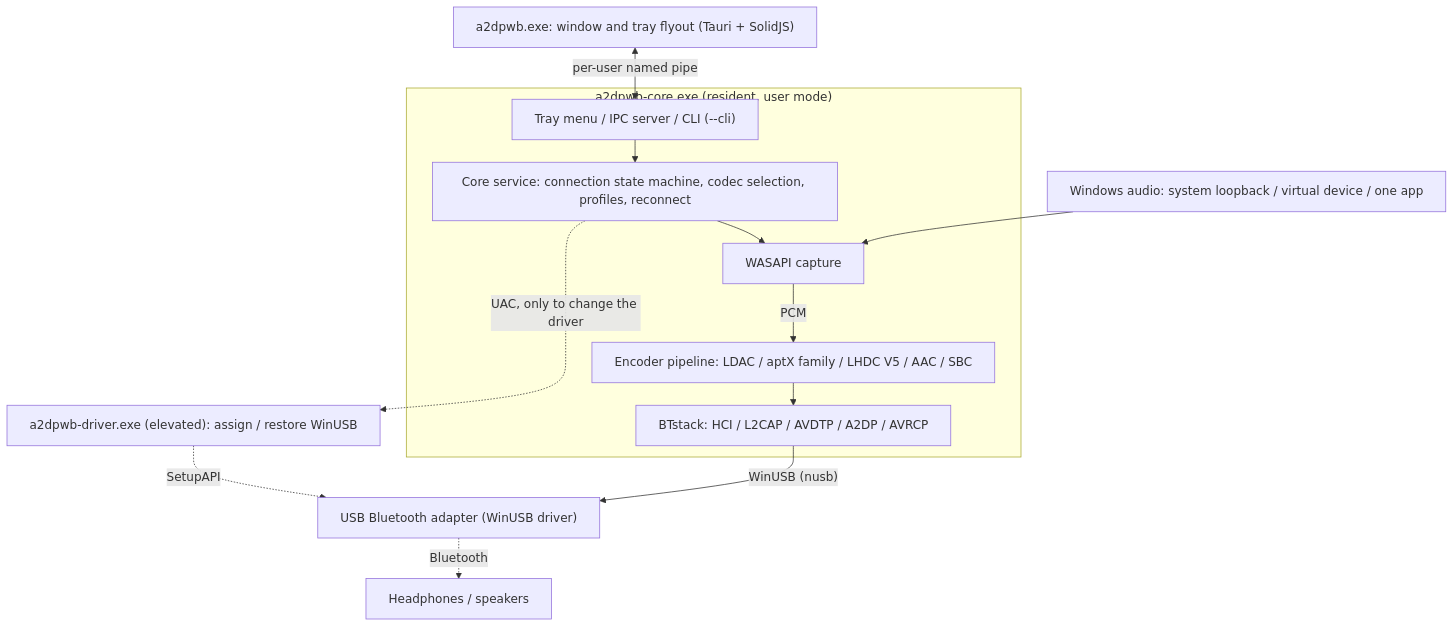
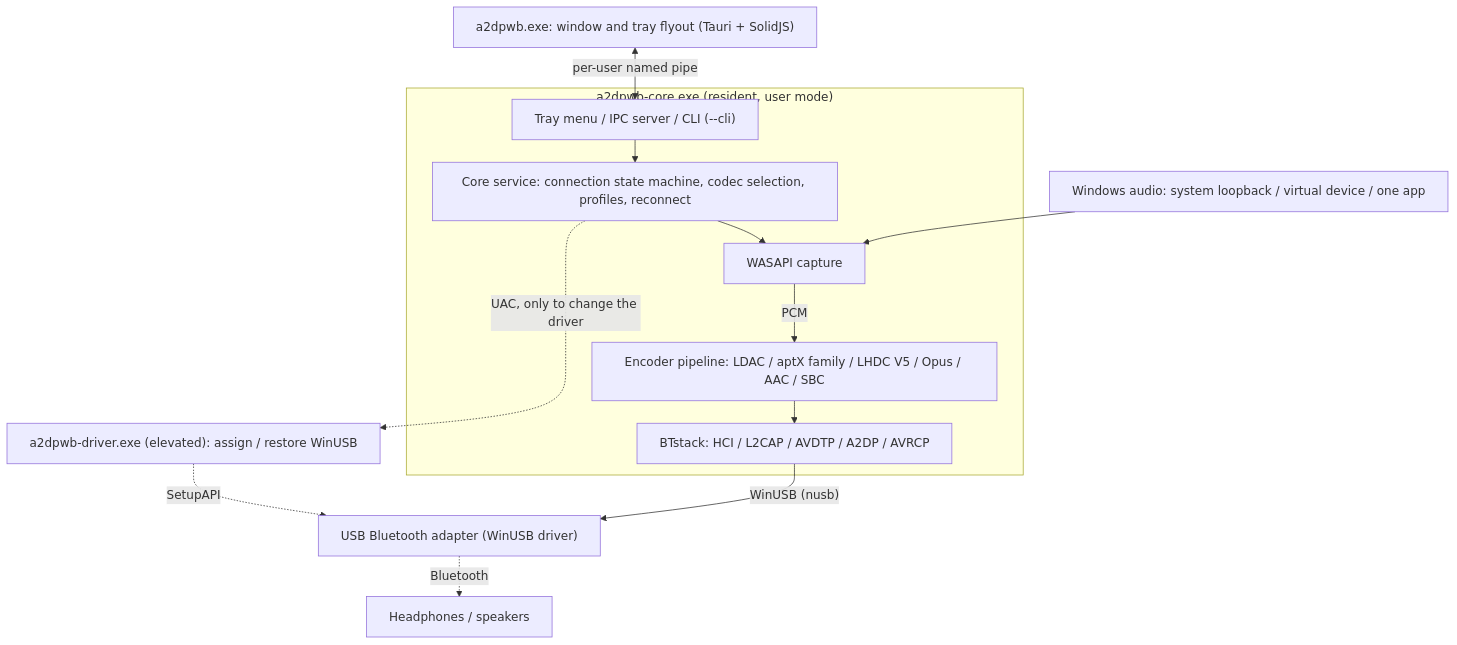
Before and after one commit to Akramx15/A2DP-Windows-Bridge: the diagram in README.md, drawn with Mermaid. The commit also changed other lines of this file and 15 other files, not shown here.

````diff
--- a/README.md
+++ b/README.md
@@ -69,23 +73,23 @@
 ```mermaid
 ---
 config:
   flowchart:
     wrappingWidth: 480
     rankSpacing: 30
 ---
 flowchart TB
     src["Windows audio: system loopback / virtual device / one app"]
     ui["a2dpwb.exe: window and tray flyout (Tauri + SolidJS)"]
     subgraph core["a2dpwb-core.exe (resident, user mode)"]
         ctl["Tray menu / IPC server / CLI (--cli)"] --> svc["Core service: connection state machine, codec selection, profiles, reconnect"]
         svc --> cap["WASAPI capture"]
-        cap -- PCM --> enc["Encoder pipeline: LDAC / aptX family / LHDC V5 / AAC / SBC"]
+        cap -- PCM --> enc["Encoder pipeline: LDAC / aptX family / LHDC V5 / Opus / AAC / SBC"]
         enc --> bt["BTstack: HCI / L2CAP / AVDTP / A2DP / AVRCP"]
     end
     ui <-->|"per-user named pipe"| ctl
     svc -.->|"UAC, only to change the driver"| drv["a2dpwb-driver.exe (elevated): assign / restore WinUSB"]
     src --> cap
     bt -->|"WinUSB (nusb)"| usb["USB Bluetooth adapter (WinUSB driver)"]
     drv -.->|SetupAPI| usb
     usb -. Bluetooth .-> hp["Headphones / speakers"]
 ```
````
